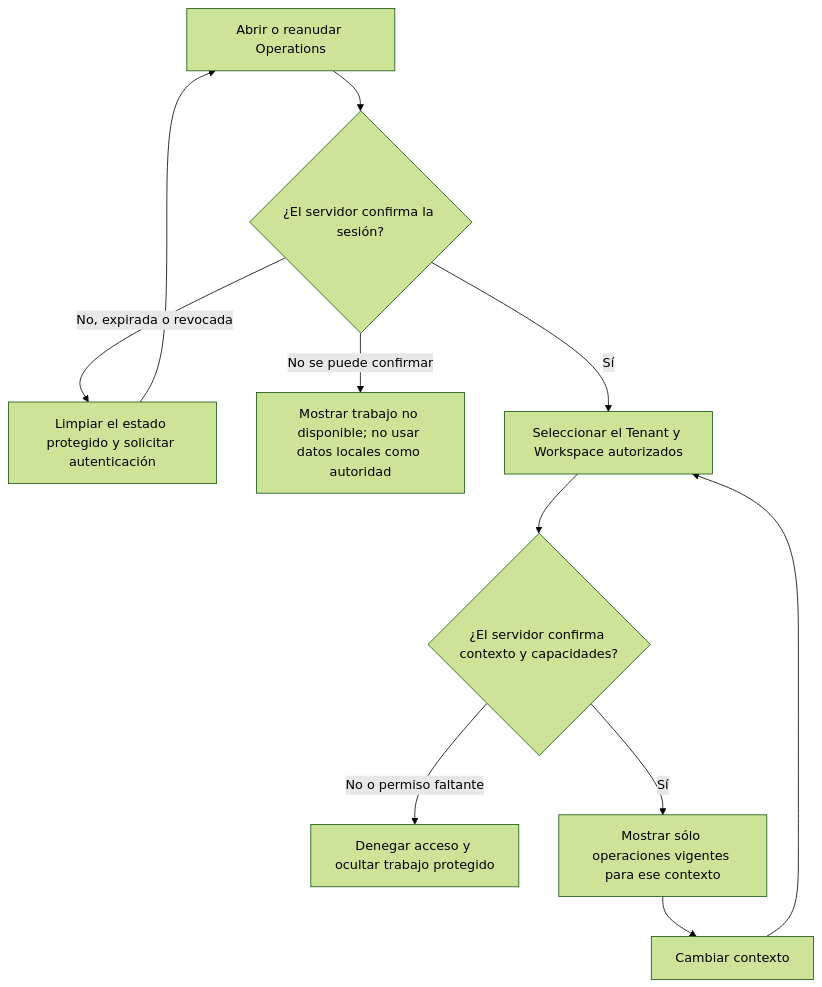
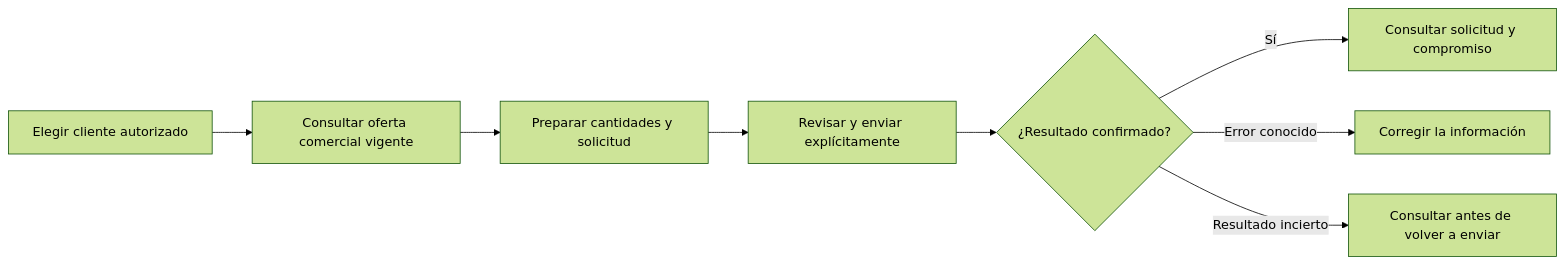
One commit to nexa-suite/mobile-report changed the third of 8 diagrams in report/03-solution-ui-ux-design/3.1-product-design/3.1.4-mobile-applications-ux-ui-design/3.1.4.4-mobile-application-user-flows.md. Above: the diagram before and after it, drawn with Mermaid (forest theme). The commit also changed other lines of this file and 65 other files, not shown here.

````diff
--- a/report/03-solution-ui-ux-design/3.1-product-design/3.1.4-mobile-applications-ux-ui-design/3.1.4.4-mobile-application-user-flows.md
+++ b/report/03-solution-ui-ux-design/3.1-product-design/3.1.4-mobile-applications-ux-ui-design/3.1.4.4-mobile-application-user-flows.md
@@ -34,13 +74,10 @@
 ```mermaid
-flowchart TD
-    A["Abrir o reanudar Operations"] --> B{"¿El servidor confirma la sesión?"}
-    B -->|No, expirada o revocada| C["Limpiar el estado protegido y solicitar autenticación"]
-    C --> A
-    B -->|No se puede confirmar| D["Mostrar trabajo no disponible; no usar datos locales como autoridad"]
-    B -->|Sí| E["Seleccionar el Tenant y Workspace autorizados"]
-    E --> F{"¿El servidor confirma contexto y capacidades?"}
-    F -->|No o permiso faltante| G["Denegar acceso y ocultar trabajo protegido"]
-    F -->|Sí| H["Mostrar sólo operaciones vigentes para ese contexto"]
-    H --> I["Cambiar contexto"]
-    I --> E
+flowchart LR
+  A["Elegir cliente autorizado"] --> B["Consultar oferta comercial vigente"]
+  B --> C["Preparar cantidades y solicitud"]
+  C --> D["Revisar y enviar explícitamente"]
+  D --> E{"¿Resultado confirmado?"}
+  E -->|"Sí"| F["Consultar solicitud y compromiso"]
+  E -->|"Error conocido"| G["Corregir la información"]
+  E -->|"Resultado incierto"| H["Consultar antes de volver a enviar"]
 ```
````
